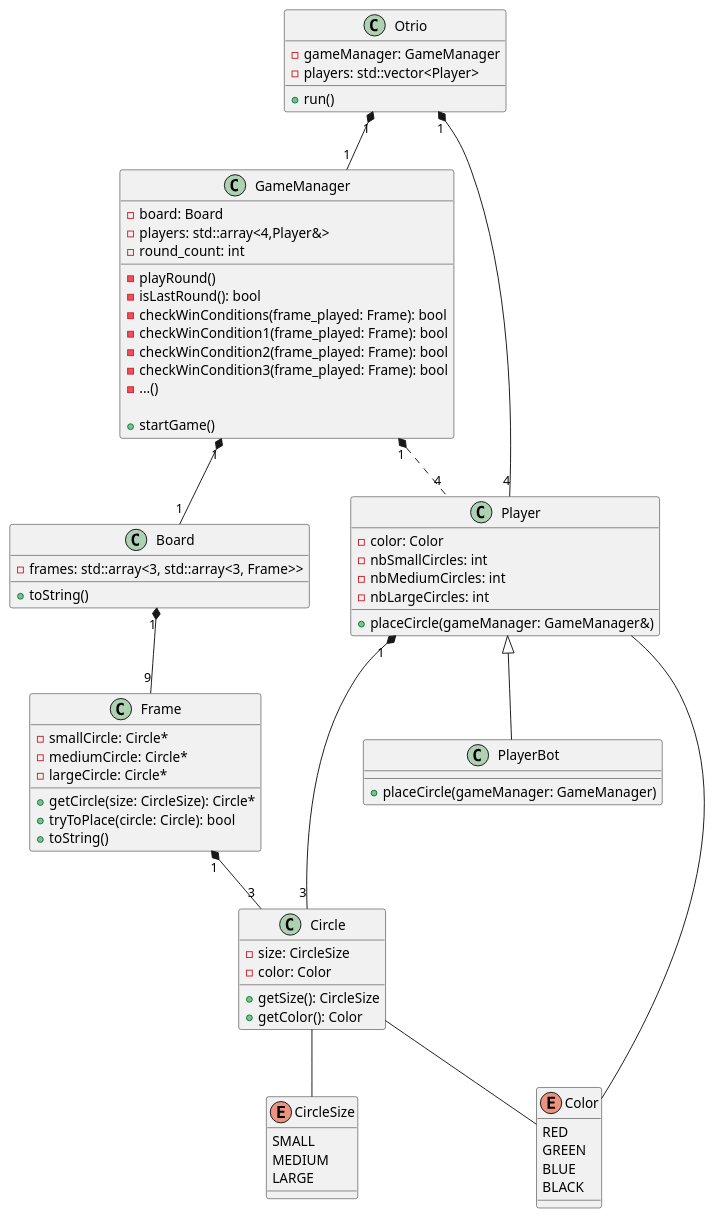
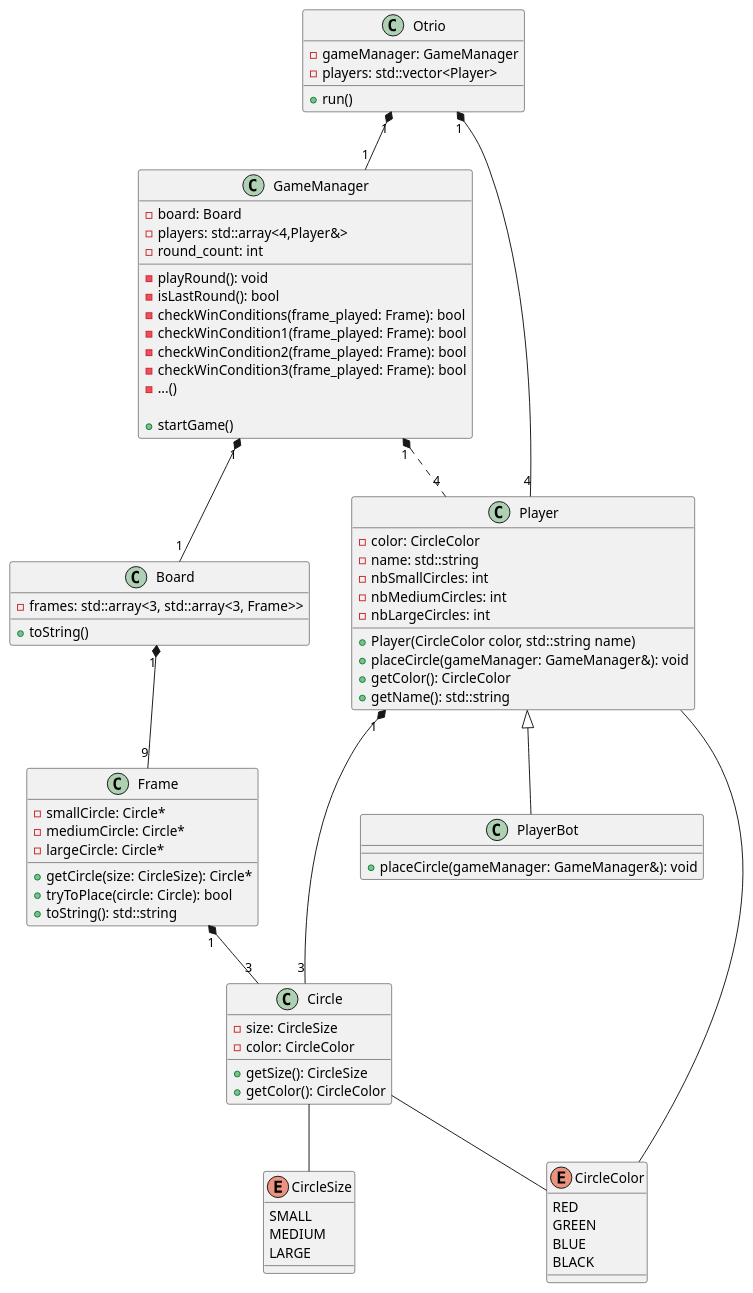
One commit to ECN-SEC-SMP/tp6-note-louis_damien_simon_titouan changed the diagram in doc/class_diagram.puml. Above: the diagram before and after it, drawn with PlantUML. The commit also changed 1 other file, not shown here.

Commit message:
[Doc] Update class diagram

```diff
--- a/doc/class_diagram.puml
+++ b/doc/class_diagram.puml
@@ -1,88 +1,92 @@
 @startuml class_diagram
 
 class Otrio {
     - gameManager: GameManager
     - players: std::vector<Player>
 
     + run()
 }
 
 class GameManager {
     - board: Board
     - players: std::array<4,Player&>
     - round_count: int
 
-    - playRound()
+    - playRound(): void
     - isLastRound(): bool
     - checkWinConditions(frame_played: Frame): bool
     - checkWinCondition1(frame_played: Frame): bool
     - checkWinCondition2(frame_played: Frame): bool
     - checkWinCondition3(frame_played: Frame): bool
     - ...()
 
     + startGame()
 }
 
 class Board {
     - frames: std::array<3, std::array<3, Frame>>
     + toString()
 }
 
 class Frame {
     - smallCircle: Circle*
     - mediumCircle: Circle*
     - largeCircle: Circle*
 
     + getCircle(size: CircleSize): Circle*
     + tryToPlace(circle: Circle): bool
-    + toString()
+    + toString(): std::string
 }
 
 class Circle {
     - size: CircleSize
-    - color: Color
+    - color: CircleColor
 
     + getSize(): CircleSize
-    + getColor(): Color
+    + getColor(): CircleColor
 }
 
 class Player {
-    - color: Color
+    - color: CircleColor
+    - name: std::string
     - nbSmallCircles: int
     - nbMediumCircles: int
     - nbLargeCircles: int
 
-    + placeCircle(gameManager: GameManager&)
+    + Player(CircleColor color, std::string name)
+    + placeCircle(gameManager: GameManager&): void
+    + getColor(): CircleColor
+    + getName(): std::string
 }
 
 class PlayerBot extends Player {
-    + placeCircle(gameManager: GameManager)
+    + placeCircle(gameManager: GameManager&): void
 }
 
 enum CircleSize {
     SMALL
     MEDIUM
     LARGE
 }
 
-enum Color {
+enum CircleColor {
     RED
     GREEN
     BLUE
     BLACK
 }
 
 Otrio "1" *-- "1" GameManager
 GameManager "1" *-- "1" Board
 Board "1" *-- "9" Frame
 Circle -- CircleSize
-Circle -- Color
-Player -- Color
+Circle -- CircleColor
+Player -- CircleColor
 Otrio "1" *-- "4" Player
 GameManager "1" *.. "4" Player
 
 Frame "1" *-- "3" Circle
 Player "1" *-- "3" Circle
 
 
 @enduml
```
